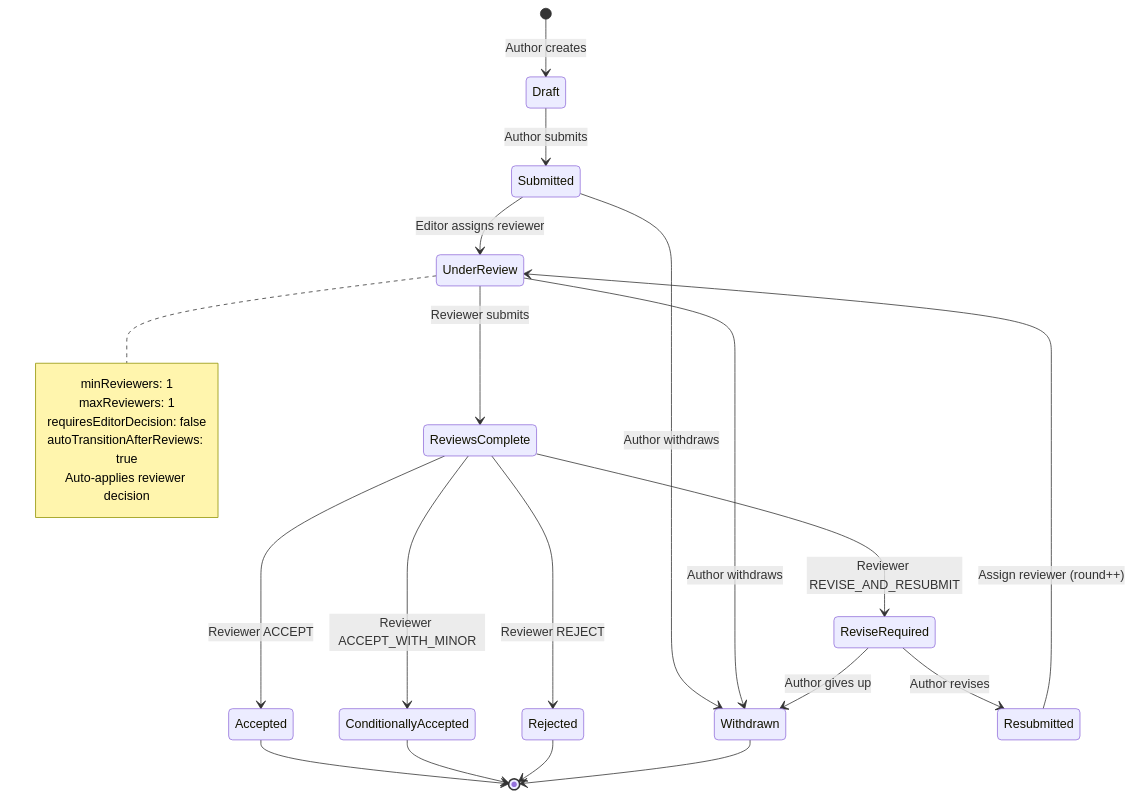
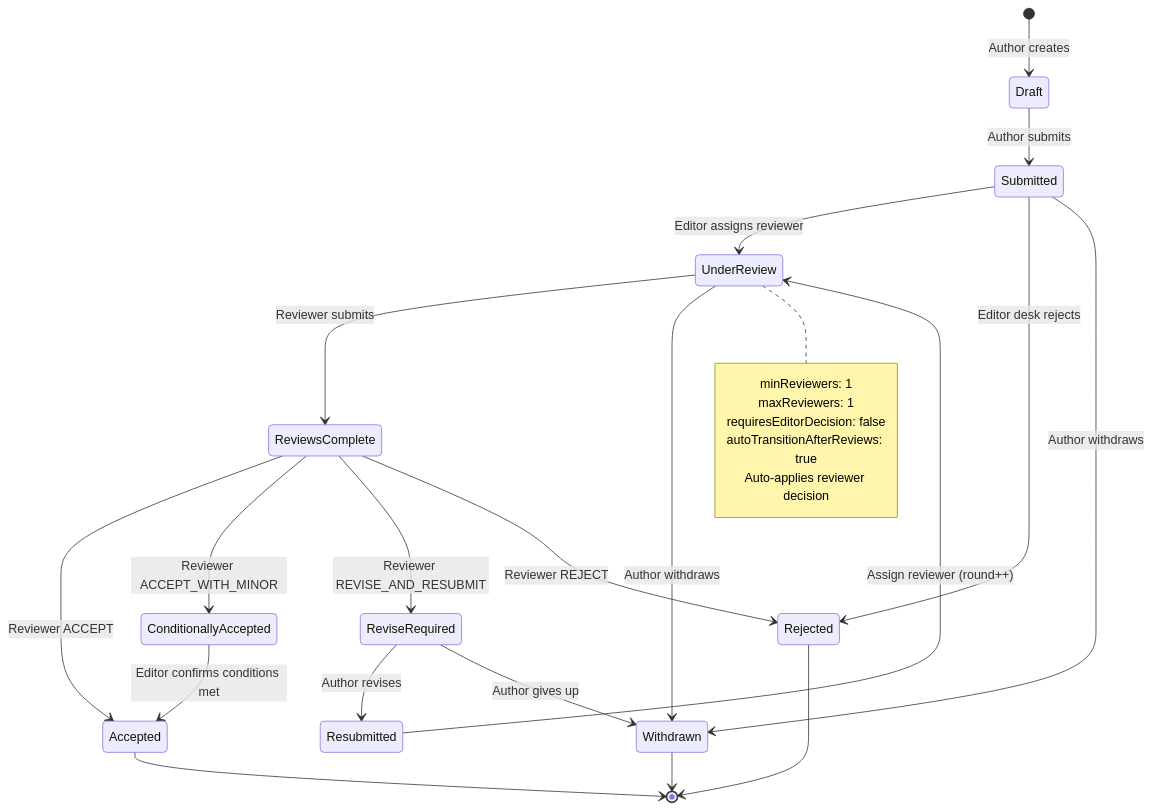
The first of 5 diagrams in WORKFLOW.md (unlimited-labs/suberus), drawn with Mermaid before and after one commit. The commit also changed other lines of this file and 1 other file, not shown here.

````diff
--- a/WORKFLOW.md
+++ b/WORKFLOW.md
@@ -25,33 +25,35 @@
 ```mermaid
 stateDiagram-v2
     [*] --> Draft: Author creates
     Draft --> Submitted: Author submits
     Submitted --> UnderReview: Editor assigns reviewer
+    Submitted --> Rejected: Editor desk rejects
     Submitted --> Withdrawn: Author withdraws
 
     UnderReview --> ReviewsComplete: Reviewer submits
     UnderReview --> Withdrawn: Author withdraws
 
     ReviewsComplete --> Accepted: Reviewer ACCEPT
     ReviewsComplete --> ConditionallyAccepted: Reviewer ACCEPT_WITH_MINOR
     ReviewsComplete --> ReviseRequired: Reviewer REVISE_AND_RESUBMIT
     ReviewsComplete --> Rejected: Reviewer REJECT
 
     ReviseRequired --> Resubmitted: Author revises
     ReviseRequired --> Withdrawn: Author gives up
 
     Resubmitted --> UnderReview: Assign reviewer (round++)
 
+    ConditionallyAccepted --> Accepted: Editor confirms conditions met
+
     Accepted --> [*]
-    ConditionallyAccepted --> [*]
     Rejected --> [*]
     Withdrawn --> [*]
 
     note right of UnderReview
         minReviewers: 1
         maxReviewers: 1
         requiresEditorDecision: false
         autoTransitionAfterReviews: true
         Auto-applies reviewer decision
     end note
 ```
````
